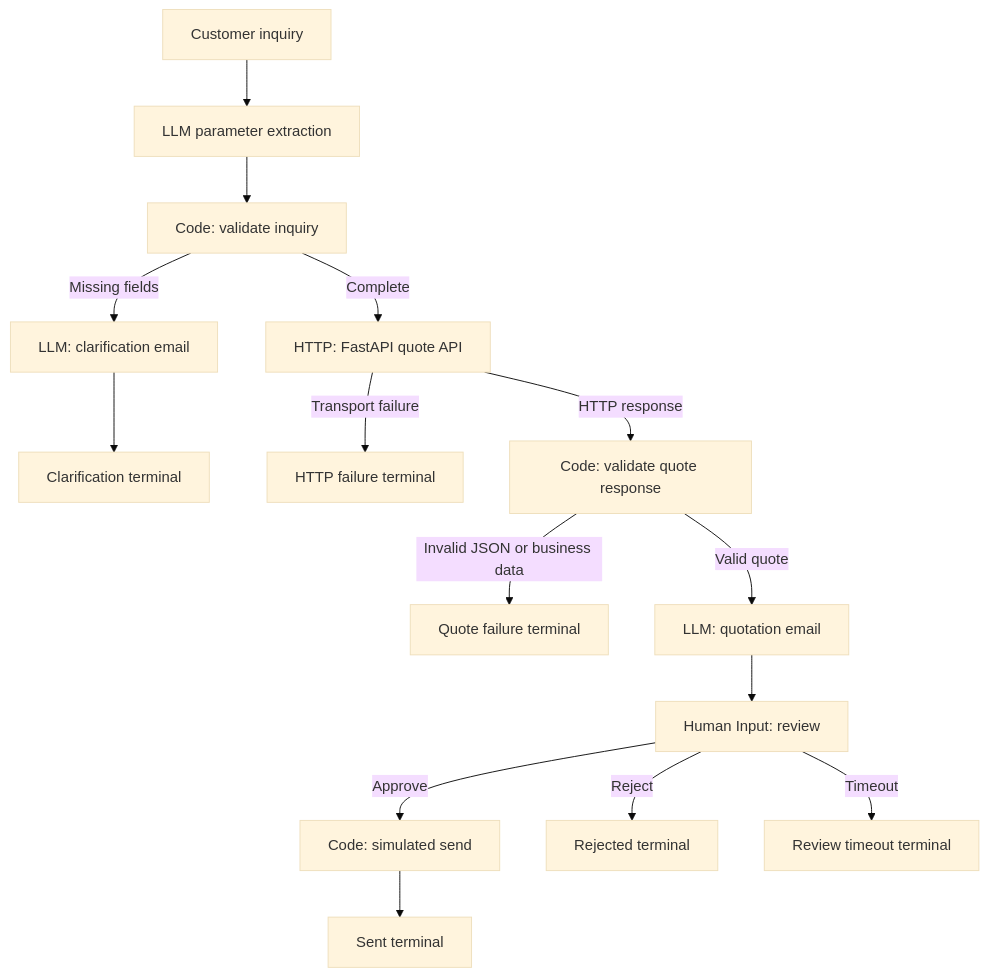
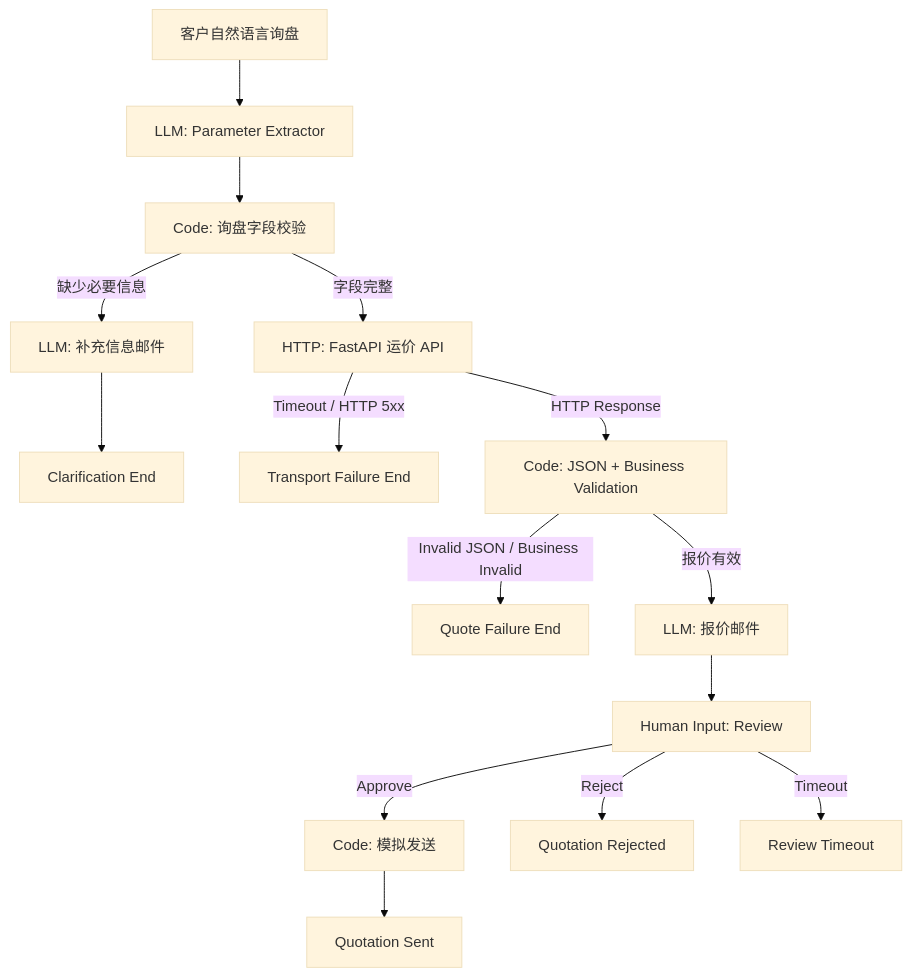
One commit to doronix/ai-logistics-quotation-workflow changed the diagram in README.md. Above: the diagram before and after it, drawn with Mermaid (base theme). The commit also changed other lines of this file and 6 other files, not shown here.

```diff
--- a/README.md
+++ b/README.md
@@ -11,17 +42,19 @@
 ~~~mermaid
 flowchart TD
-    A[Customer inquiry] --> B[LLM parameter extraction]
-    B --> C[Code: validate inquiry]
-    C -->|Missing fields| D[LLM: clarification email]
-    D --> E[Clarification terminal]
-    C -->|Complete| F[HTTP: FastAPI quote API]
-    F -->|Transport failure| G[HTTP failure terminal]
-    F -->|HTTP response| H[Code: validate quote response]
-    H -->|Invalid JSON or business data| I[Quote failure terminal]
-    H -->|Valid quote| J[LLM: quotation email]
-    J --> K[Human Input: review]
-    K -->|Approve| L[Code: simulated send]
-    L --> M[Sent terminal]
-    K -->|Reject| N[Rejected terminal]
-    K -->|Timeout| O[Review timeout terminal]
+    A[客户自然语言询盘] --> B[LLM: Parameter Extractor]
+    B --> C[Code: 询盘字段校验]
+    C -->|缺少必要信息| D[LLM: 补充信息邮件]
+    D --> E[Clarification End]
+
+    C -->|字段完整| F[HTTP: FastAPI 运价 API]
+    F -->|Timeout / HTTP 5xx| G[Transport Failure End]
+    F -->|HTTP Response| H[Code: JSON + Business Validation]
+    H -->|Invalid JSON / Business Invalid| I[Quote Failure End]
+
+    H -->|报价有效| J[LLM: 报价邮件]
+    J --> K[Human Input: Review]
+    K -->|Approve| L[Code: 模拟发送]
+    L --> M[Quotation Sent]
+    K -->|Reject| N[Quotation Rejected]
+    K -->|Timeout| O[Review Timeout]
 ~~~
```
